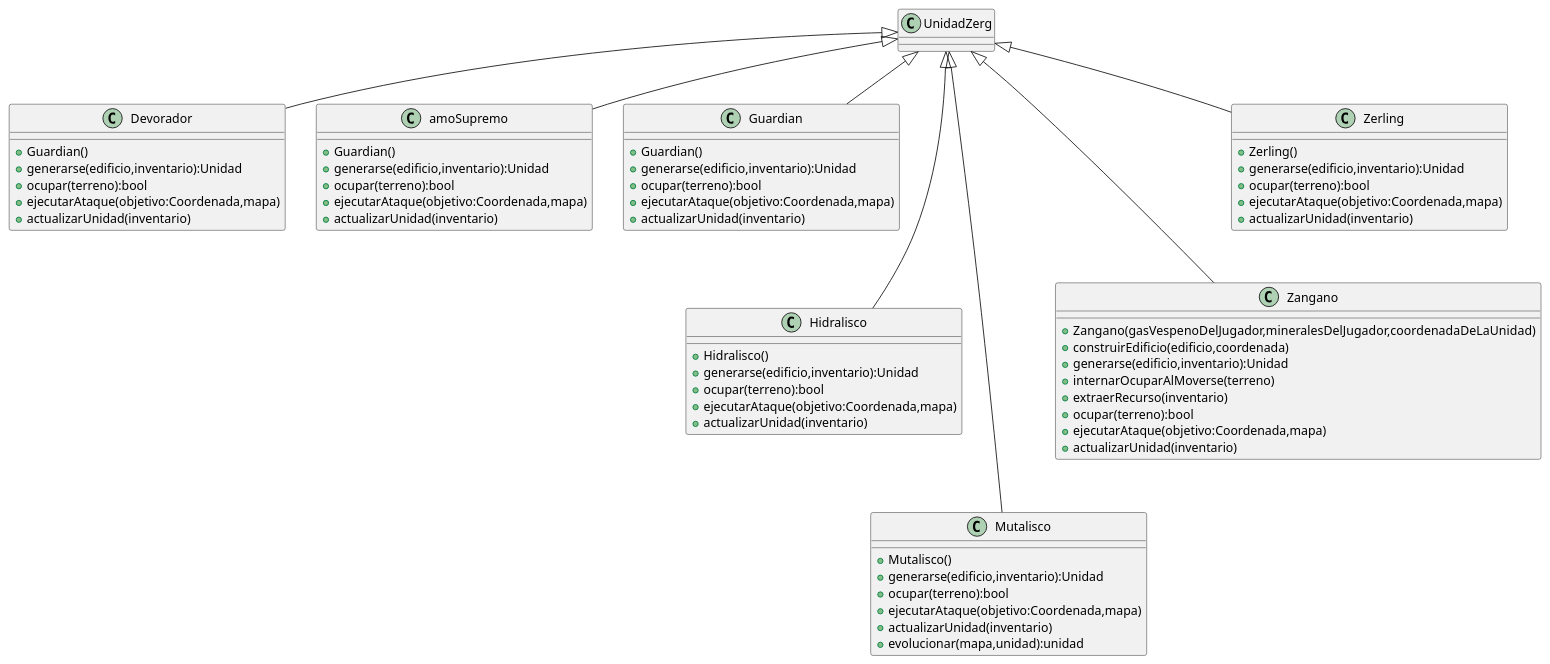
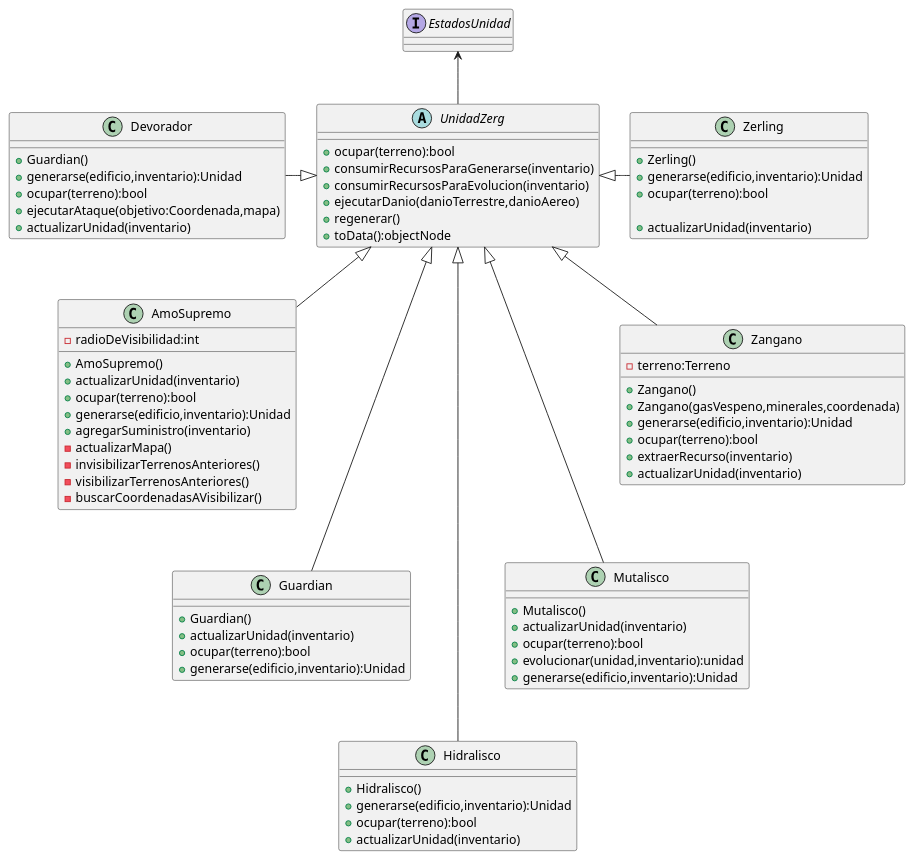
The diagram in diagrams/Modelo/class/clase_unidad_zerg.plantuml (LucasMBarrientos/algo3_tp2), drawn with PlantUML before and after one commit. The commit also changed 4 other files, not shown here.

Commit message:
todos los diagramas

```diff
--- a/diagrams/Modelo/class/clase_unidad_zerg.plantuml
+++ b/diagrams/Modelo/class/clase_unidad_zerg.plantuml
@@ -1,68 +1,79 @@
 @startuml
-class UnidadZerg{}
+abstract UnidadZerg{
+
++ocupar(terreno):bool
++consumirRecursosParaGenerarse(inventario)
++consumirRecursosParaEvolucion(inventario)
++ejecutarDanio(danioTerrestre,danioAereo)
++regenerar()
++toData():objectNode
+}
 
 
 class Devorador{
 +Guardian()
 +generarse(edificio,inventario):Unidad
 +ocupar(terreno):bool
 +ejecutarAtaque(objetivo:Coordenada,mapa)
 +actualizarUnidad(inventario)
 }
 
-class amoSupremo{
-+Guardian()
+class AmoSupremo{
+-radioDeVisibilidad:int
++AmoSupremo()
++actualizarUnidad(inventario)
++ocupar(terreno):bool
 +generarse(edificio,inventario):Unidad
-+ocupar(terreno):bool
-+ejecutarAtaque(objetivo:Coordenada,mapa)
-+actualizarUnidad(inventario)
++agregarSuministro(inventario)
+-actualizarMapa()
+-invisibilizarTerrenosAnteriores()
+-visibilizarTerrenosAnteriores()
+-buscarCoordenadasAVisibilizar()
 }
 class Guardian{
 +Guardian()
++actualizarUnidad(inventario)
++ocupar(terreno):bool
 +generarse(edificio,inventario):Unidad
-+ocupar(terreno):bool
-+ejecutarAtaque(objetivo:Coordenada,mapa)
-+actualizarUnidad(inventario)
 }
 class Hidralisco{
 +Hidralisco()
 +generarse(edificio,inventario):Unidad
 +ocupar(terreno):bool
-+ejecutarAtaque(objetivo:Coordenada,mapa)
 +actualizarUnidad(inventario)
+
 }
 class Mutalisco{
 +Mutalisco()
++actualizarUnidad(inventario)
++ocupar(terreno):bool
++evolucionar(unidad,inventario):unidad
++generarse(edificio,inventario):Unidad
+}
+class Zangano{
+-terreno:Terreno
++Zangano()
++Zangano(gasVespeno,minerales,coordenada)
 +generarse(edificio,inventario):Unidad
 +ocupar(terreno):bool
-+ejecutarAtaque(objetivo:Coordenada,mapa)
++extraerRecurso(inventario)
 +actualizarUnidad(inventario)
-+evolucionar(mapa,unidad):unidad
-}
-class Zangano{
-+Zangano(gasVespenoDelJugador,mineralesDelJugador,coordenadaDeLaUnidad)
-+construirEdificio(edificio,coordenada)
-+generarse(edificio,inventario):Unidad
-+internarOcuparAlMoverse(terreno)
-+extraerRecurso(inventario)
-+ocupar(terreno):bool
-+ejecutarAtaque(objetivo:Coordenada,mapa)
-+actualizarUnidad(inventario)
-
 }
 class Zerling{
 +Zerling()
 +generarse(edificio,inventario):Unidad
 +ocupar(terreno):bool
-+ejecutarAtaque(objetivo:Coordenada,mapa)
+
 +actualizarUnidad(inventario)
 
 }
-UnidadZerg <|-- amoSupremo
-UnidadZerg <|-- Devorador
-UnidadZerg <|-- Guardian
-UnidadZerg <|--- Hidralisco
-UnidadZerg <|---- Mutalisco
-UnidadZerg <|--- Zangano
-UnidadZerg <|-- Zerling
+interface EstadosUnidad
+UnidadZerg -up-> EstadosUnidad
+UnidadZerg <|-- AmoSupremo
+UnidadZerg <|-left- Devorador
+UnidadZerg <|--- Guardian
+UnidadZerg <|---- Hidralisco
+UnidadZerg <|--- Mutalisco
+UnidadZerg <|-- Zangano
+UnidadZerg <|-right- Zerling
 @enduml
```
